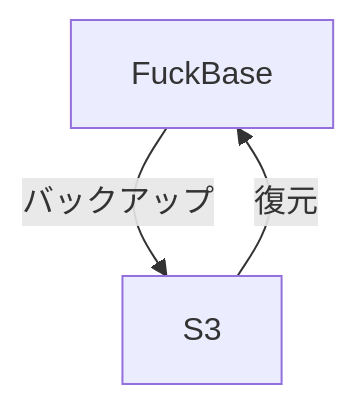
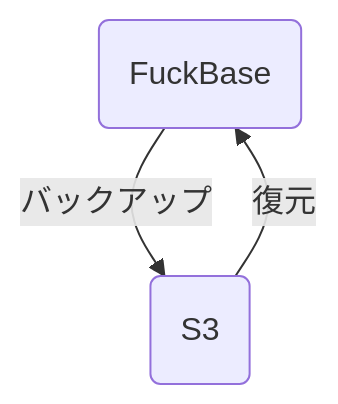
The fourth of 6 diagrams in textbooks/01_introduction.md (ssig33/fuckbase), drawn with Mermaid before and after one commit. The commit also changed other lines of this file and 6 other files, not shown here.

Commit message:
Fix Mermaid diagrams in all textbooks by using parentheses for node text and curly braces for decision nodes

````diff
--- a/textbooks/01_introduction.md
+++ b/textbooks/01_introduction.md
@@ -74,5 +74,5 @@
 ```mermaid
 graph TD
-    A[FuckBase] -->|バックアップ| B[S3]
+    A("FuckBase") -->|バックアップ| B("S3")
     B -->|復元| A
 ```
````
